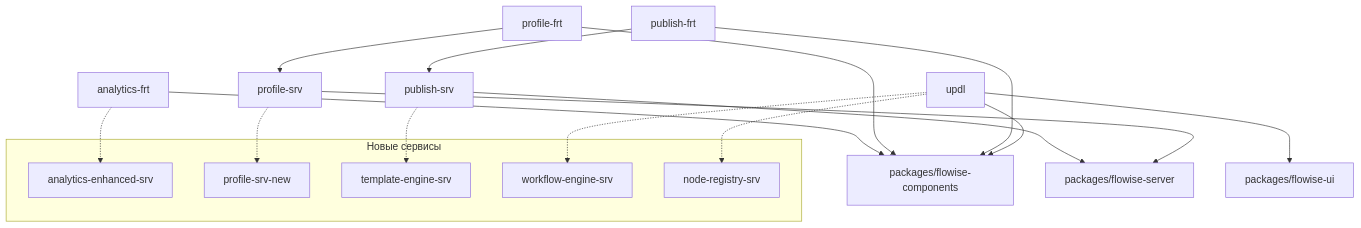
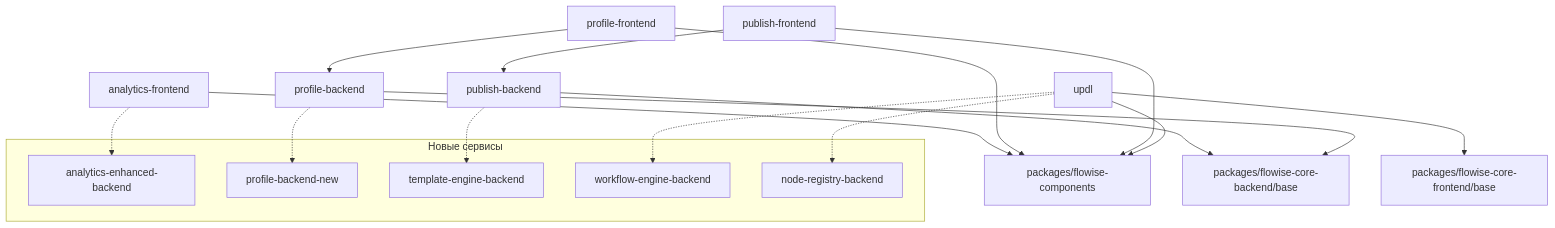
The diagram in docs/ru/roadmap/implementation-plan/migration-strategy.md (teknokomo/universo-platformo-react), drawn with Mermaid before and after one commit. The commit also changed other lines of this file and 2867 other files, not shown here.

````diff
--- a/docs/ru/roadmap/implementation-plan/migration-strategy.md
+++ b/docs/ru/roadmap/implementation-plan/migration-strategy.md
@@ -237,26 +237,26 @@
 ```mermaid
 graph TD
-    A[analytics-frt] --> B[packages/flowise-components]
-    C[profile-frt] --> B
-    C --> D[profile-srv]
-    E[publish-frt] --> B
-    E --> F[publish-srv]
-    F --> G[packages/flowise-server]
+    A[analytics-frontend] --> B[packages/flowise-components]
+    C[profile-frontend] --> B
+    C --> D[profile-backend]
+    E[publish-frontend] --> B
+    E --> F[publish-backend]
+    F --> G[packages/flowise-core-backend/base]
     D --> G
     H[updl] --> B
-    H --> I[packages/flowise-ui]
+    H --> I[packages/flowise-core-frontend/base]
     
     subgraph "Новые сервисы"
-        J[analytics-enhanced-srv]
-        K[profile-srv-new]
-        L[template-engine-srv]
-        M[workflow-engine-srv]
-        N[node-registry-srv]
+        J[analytics-enhanced-backend]
+        K[profile-backend-new]
+        L[template-engine-backend]
+        M[workflow-engine-backend]
+        N[node-registry-backend]
     end
     
     A -.-> J
     D -.-> K
     F -.-> L
     H -.-> M
     H -.-> N
 ```
````
